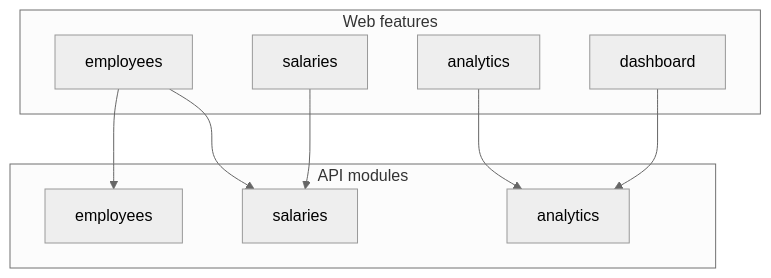
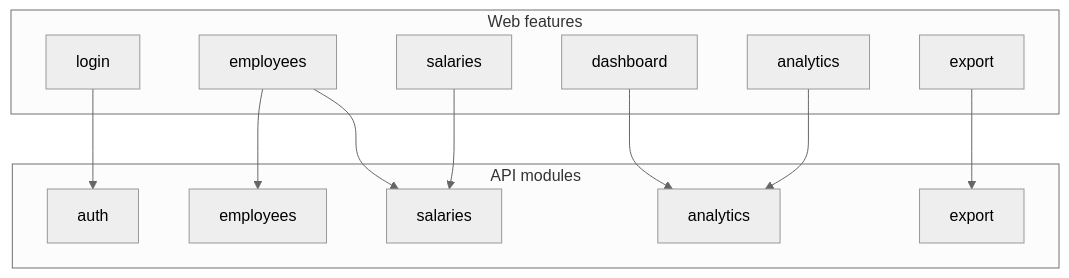
Before and after one commit to MoShahan/remunify: the second of 2 diagrams in docs/architecture.md, drawn with Mermaid (neutral theme). The commit also changed other lines of this file and 12 other files, not shown here.

First line of the commit message:
Refactor documentation and schema to reflect locked product assumptions for v1

````diff
--- a/docs/architecture.md
+++ b/docs/architecture.md
@@ -106,19 +108,25 @@
 ```mermaid
 flowchart TB
   subgraph apiModules["API modules"]
+    AuthM[auth]
     E[employees]
     Sal[salaries]
     A[analytics]
+    X[export]
   end
   subgraph webFeatures["Web features"]
+    Login[login]
     D[dashboard]
     Emp[employees]
     SalUI[salaries]
     An[analytics]
+    Exp[export]
   end
+  Login --> AuthM
   Emp --> E
+  Emp --> Sal
   SalUI --> Sal
   D --> A
   An --> A
-  Emp --> Sal
+  Exp --> X
 ```
````
